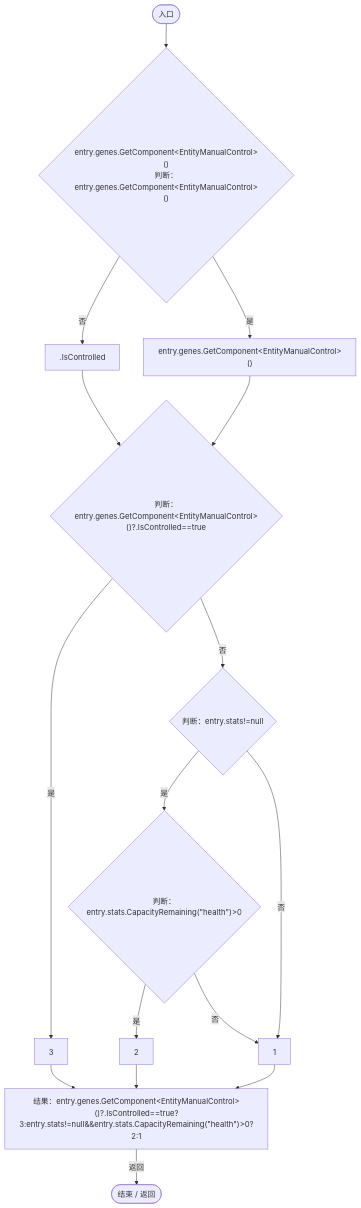
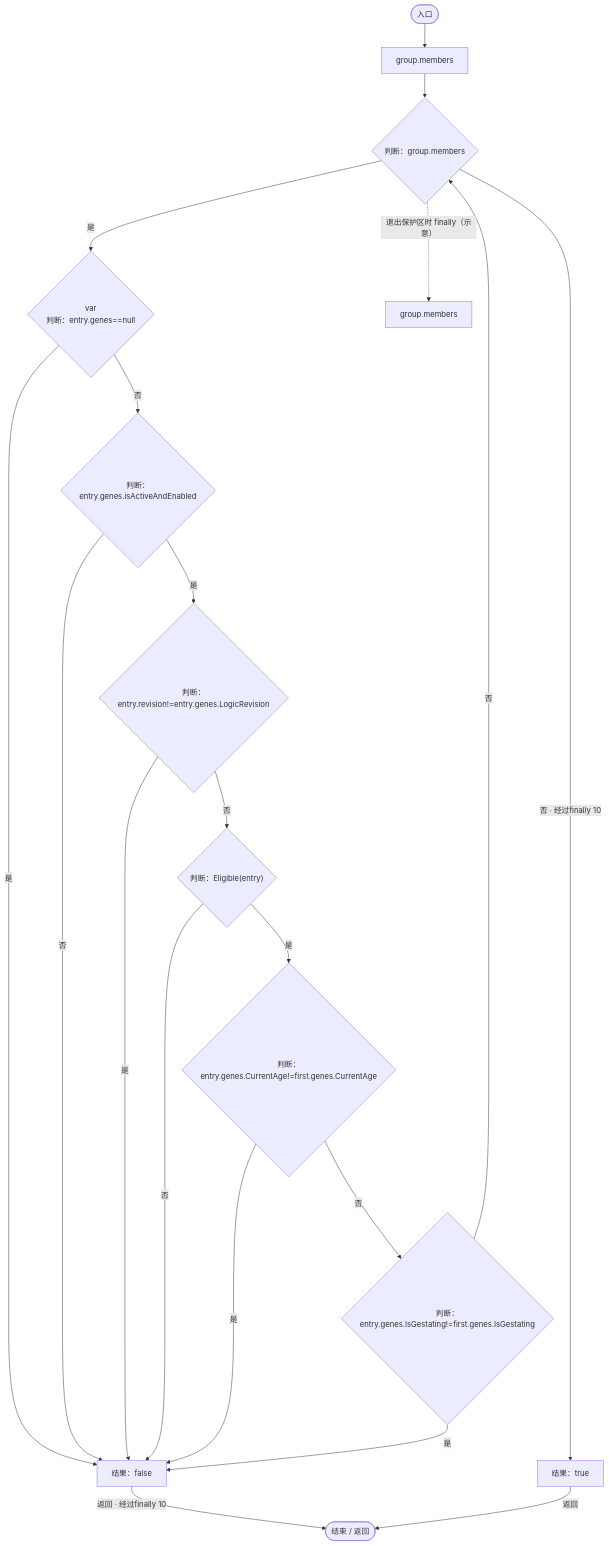
One commit to xhs6666/Darwin_paradise changed diagram 30 of 34 in Docs/运行流程图/脚本/465ccdbb260bcac2.md. Above: the diagram before and after it, drawn with Mermaid. The commit also changed other lines of this file and 30 other files, not shown here.

````diff
--- a/Docs/运行流程图/脚本/465ccdbb260bcac2.md
+++ b/Docs/运行流程图/脚本/465ccdbb260bcac2.md
@@ -971,31 +1247,36 @@
 ```mermaid
 flowchart TD
   b0(["入口"])
-  b1{"entry.genes.GetComponent&lt;EntityManualControl&gt;()<br/>判断：entry.genes.GetComponent&lt;EntityManualControl&gt;()"}
-  b2[".IsControlled"]
-  b3["entry.genes.GetComponent&lt;EntityManualControl&gt;()"]
-  b4{"判断：entry.genes.GetComponent&lt;EntityManualControl&gt;()?.IsControlled==true"}
-  b5["3"]
-  b6{"判断：entry.stats!=null"}
-  b7{"判断：entry.stats.CapacityRemaining(&quot;health&quot;)&gt;0"}
-  b8["2"]
-  b9["1"]
-  b10["结果：entry.genes.GetComponent&lt;EntityManualControl&gt;()?.IsControlled==true?3:entry.stats!=null&amp;&amp;entry.stats.CapacityRemaining(&quot;health&quot;)&gt;0?2:1"]
-  b11(["结束 / 返回"])
+  b1["group.members"]
+  b2{"判断：group.members"}
+  b3{"var<br/>判断：entry.genes==null"}
+  b4{"判断：entry.genes.isActiveAndEnabled"}
+  b5{"判断：entry.revision!=entry.genes.LogicRevision"}
+  b6{"判断：Eligible(entry)"}
+  b7{"判断：entry.genes.CurrentAge!=first.genes.CurrentAge"}
+  b8{"判断：entry.genes.IsGestating!=first.genes.IsGestating"}
+  b9["结果：false"]
+  b10["group.members"]
+  b11["结果：true"]
+  b12(["结束 / 返回"])
   b0 --> b1
-  b1 -->|"否"| b2
-  b1 -->|"是"| b3
-  b2 --> b4
-  b3 --> b4
+  b1 --> b2
+  b2 -->|"是"| b3
+  b2 -->|"否 · 经过finally 10"| b11
+  b3 -->|"否"| b4
+  b3 -->|"是"| b9
   b4 -->|"是"| b5
-  b4 -->|"否"| b6
-  b5 --> b10
+  b4 -->|"否"| b9
+  b5 -->|"否"| b6
+  b5 -->|"是"| b9
   b6 -->|"是"| b7
   b6 -->|"否"| b9
-  b7 -->|"是"| b8
-  b7 -->|"否"| b9
-  b8 --> b10
-  b9 --> b10
-  b10 -->|"返回"| b11
+  b7 -->|"否"| b8
+  b7 -->|"是"| b9
+  b8 -->|"是"| b9
+  b8 -->|"否"| b2
+  b9 -->|"返回 · 经过finally 10"| b12
+  b11 -->|"返回"| b12
+  b2 -. "退出保护区时 finally（示意）" .-> b10
 
 ```
````
